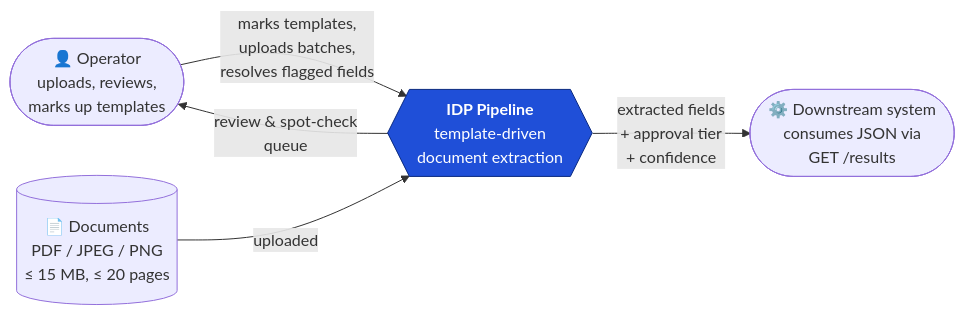
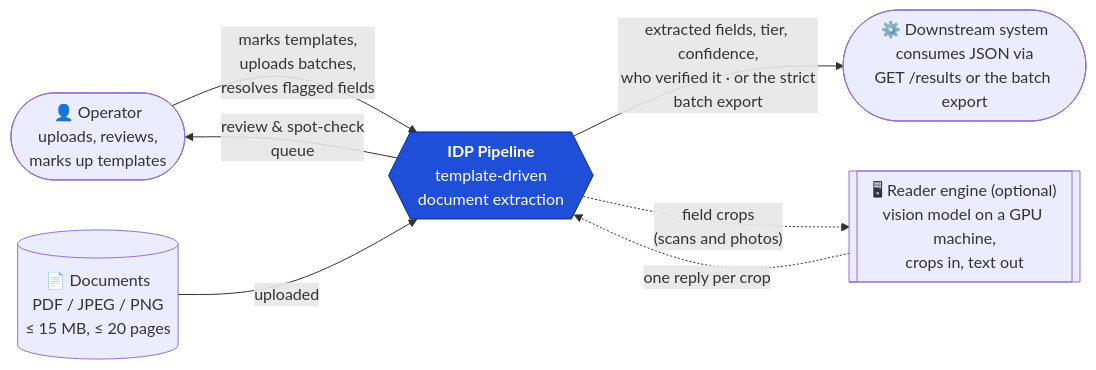
Before and after one commit to Megh-1/OCR_Reader: the first of 25 diagrams in architecture.md, drawn with Mermaid. The commit also changed other lines of this file and 3 other files, not shown here.

First line of the commit message:
Bring architecture docs up to date: vision reader, reader engines, measured results, and an HTML generator

````diff
--- a/architecture.md
+++ b/architecture.md
@@ -52,15 +55,18 @@
 ```mermaid
 flowchart LR
     user(["👤 Operator<br/>uploads, reviews,<br/>marks up templates"])
     sys{{"<b>IDP Pipeline</b><br/>template-driven<br/>document extraction"}}
-    consumer(["⚙️ Downstream system<br/>consumes JSON via<br/>GET /results"])
+    consumer(["⚙️ Downstream system<br/>consumes JSON via<br/>GET /results or the batch export"])
     docs[("📄 Documents<br/>PDF / JPEG / PNG<br/>≤ 15 MB, ≤ 20 pages")]
+    gpu[["🖥 Reader engine (optional)<br/>vision model on a GPU machine,<br/>crops in, text out"]]
 
     user -- "marks templates,<br/>uploads batches,<br/>resolves flagged fields" --> sys
     docs -- "uploaded" --> sys
-    sys -- "extracted fields<br/>+ approval tier<br/>+ confidence" --> consumer
+    sys -- "extracted fields, tier, confidence,<br/>who verified it · or the strict<br/>batch export" --> consumer
     sys -- "review & spot-check<br/>queue" --> user
+    sys -. "field crops<br/>(scans and photos)" .-> gpu
+    gpu -. "one reply per crop" .-> sys
 
     classDef sysbox fill:#1f4fd8,stroke:#0b2a80,color:#fff
     class sys sysbox
 ```
````
